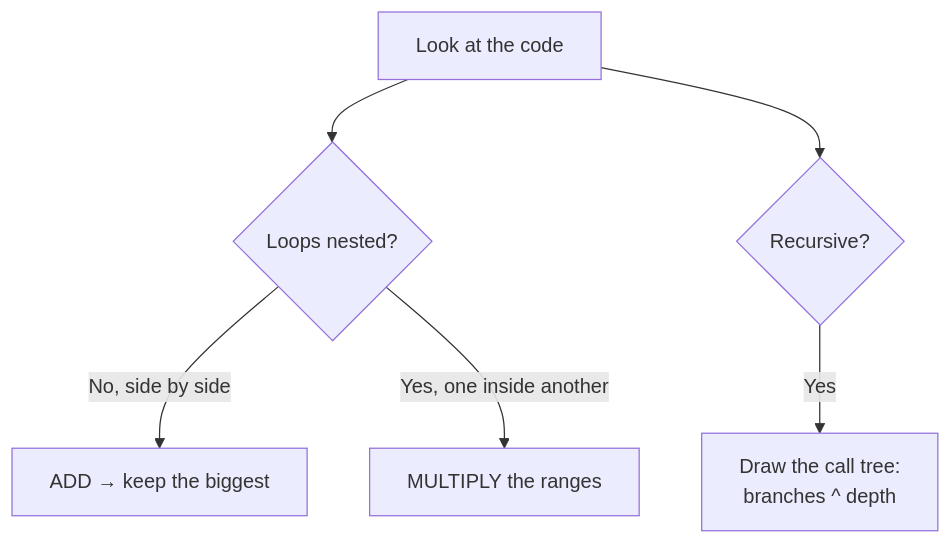
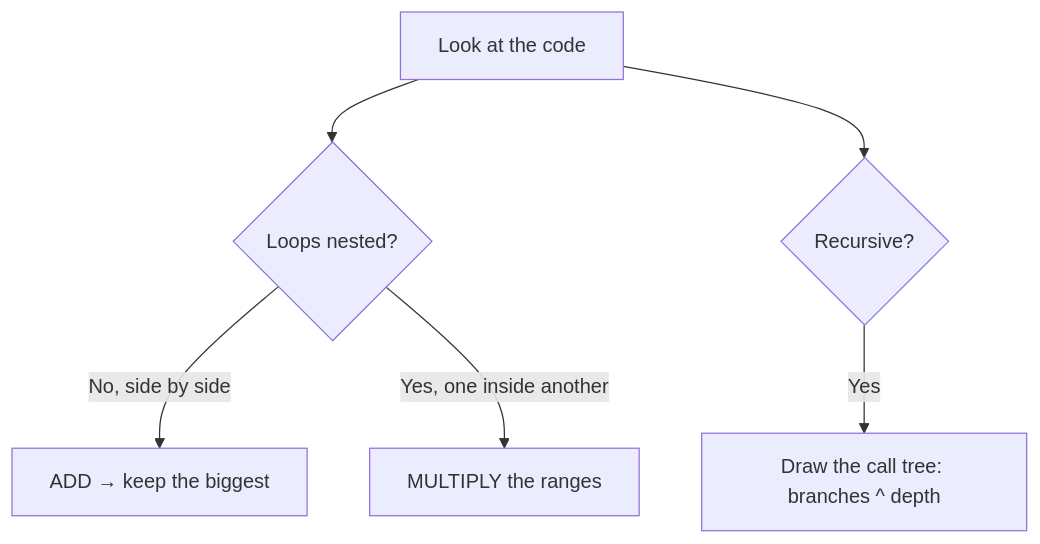
Before and after one commit to mohammad-mriesh-job/cortex: the first of 2 diagrams in src/modules/dsa/content/01-foundations/03-analyzing-complexity.md, drawn with Mermaid. The commit also changed other lines of this file and 257 other files, not shown here.

````diff
--- a/src/modules/dsa/content/01-foundations/03-analyzing-complexity.md
+++ b/src/modules/dsa/content/01-foundations/03-analyzing-complexity.md
@@ -23,8 +23,8 @@
 ```mermaid
 flowchart TD
   Q["Look at the code"] --> A{"Loops nested?"}
   A -->|"No, side by side"| B["ADD → keep the biggest"]
   A -->|"Yes, one inside another"| C["MULTIPLY the ranges"]
   Q --> D{"Recursive?"}
-  D -->|"Yes"| E["Draw the call tree:<br/>branches ^ depth"]
+  D -->|"Yes"| E["Draw the call tree: branches ^ depth"]
 ```
````
